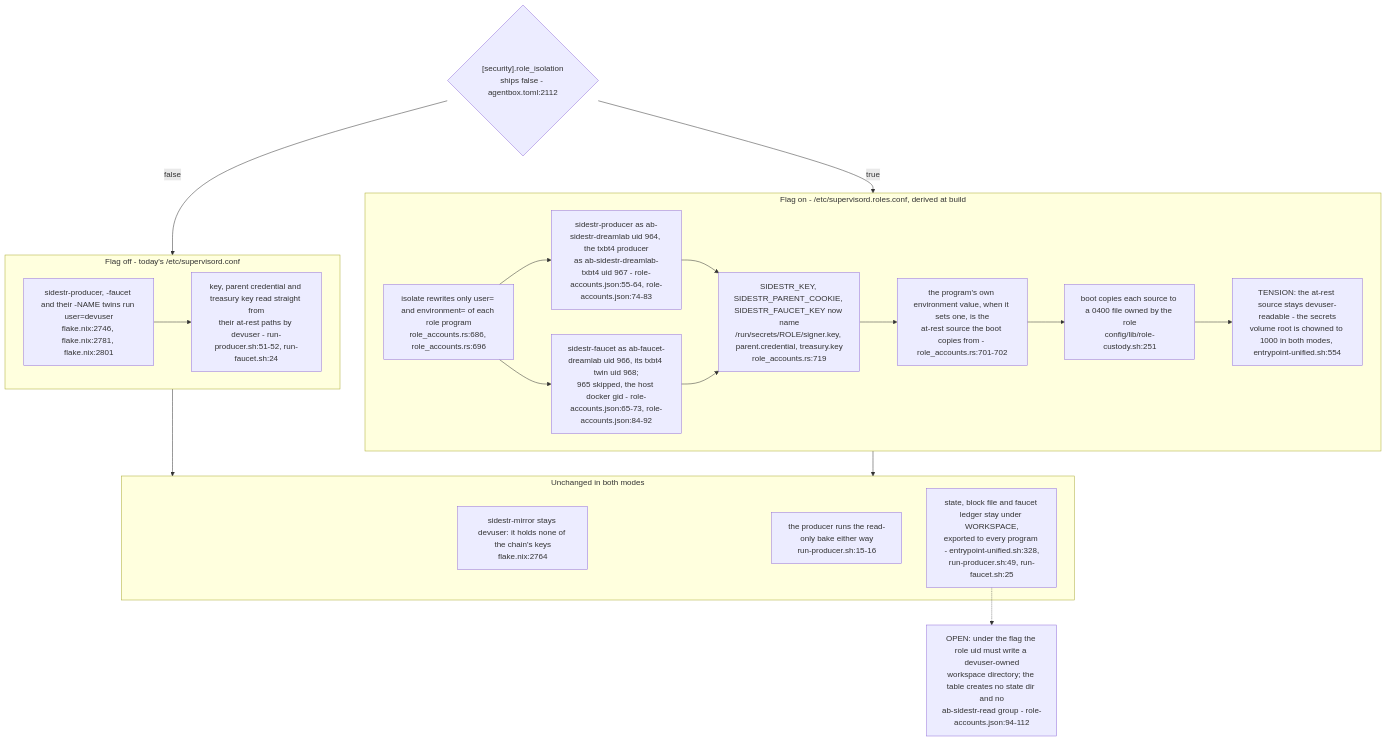
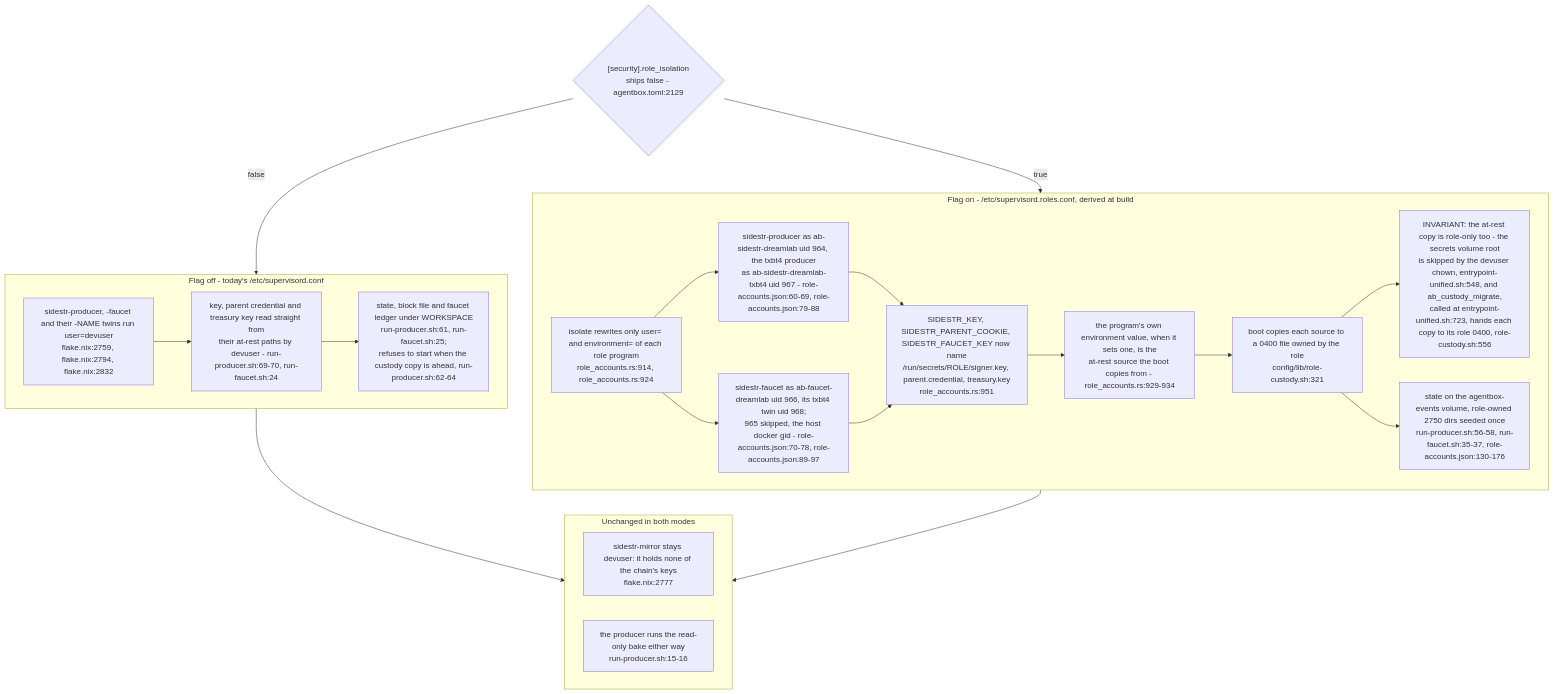
Before and after one commit to DreamLab-AI/VisionFlow: the sixth of 6 diagrams in docs/diagrams/agentbox/34-sidestr-interim-producer-and-mirror.md, drawn with Mermaid. The commit also changed other lines of this file and 4 other files, not shown here.

````diff
--- a/docs/diagrams/agentbox/34-sidestr-interim-producer-and-mirror.md
+++ b/docs/diagrams/agentbox/34-sidestr-interim-producer-and-mirror.md
@@ -247,32 +247,33 @@
 ```mermaid
 flowchart TB
-    FLAG{"[security].role_isolation<br/>ships false - agentbox.toml:2112"}
+    FLAG{"[security].role_isolation<br/>ships false - agentbox.toml:2129"}
     subgraph off["Flag off - today's /etc/supervisord.conf"]
-        O1["sidestr-producer, -faucet and their -NAME twins run user=devuser<br/>flake.nix:2746, flake.nix:2781, flake.nix:2801"]
-        O2["key, parent credential and treasury key read straight from<br/>their at-rest paths by devuser - run-producer.sh:51-52, run-faucet.sh:24"]
-        O1 --> O2
+        O1["sidestr-producer, -faucet and their -NAME twins run user=devuser<br/>flake.nix:2759, flake.nix:2794, flake.nix:2832"]
+        O2["key, parent credential and treasury key read straight from<br/>their at-rest paths by devuser - run-producer.sh:69-70, run-faucet.sh:24"]
+        O3["state, block file and faucet ledger under WORKSPACE<br/>run-producer.sh:61, run-faucet.sh:25;<br/>refuses to start when the custody copy is ahead, run-producer.sh:62-64"]
+        O1 --> O2 --> O3
     end
     subgraph on["Flag on - /etc/supervisord.roles.conf, derived at build"]
-        R1["isolate rewrites only user= and environment= of each role program<br/>role_accounts.rs:686, role_accounts.rs:696"]
-        R2["sidestr-producer as ab-sidestr-dreamlab uid 964, the txbt4 producer<br/>as ab-sidestr-dreamlab-txbt4 uid 967 - role-accounts.json:55-64, role-accounts.json:74-83"]
-        R3["sidestr-faucet as ab-faucet-dreamlab uid 966, its txbt4 twin uid 968;<br/>965 skipped, the host docker gid - role-accounts.json:65-73, role-accounts.json:84-92"]
-        R4["SIDESTR_KEY, SIDESTR_PARENT_COOKIE, SIDESTR_FAUCET_KEY now name<br/>/run/secrets/ROLE/signer.key, parent.credential, treasury.key<br/>role_accounts.rs:719"]
-        R5["the program's own environment value, when it sets one, is the<br/>at-rest source the boot copies from - role_accounts.rs:701-702"]
-        R6["boot copies each source to a 0400 file owned by the role<br/>config/lib/role-custody.sh:251"]
-        R7["TENSION: the at-rest source stays devuser-readable - the secrets<br/>volume root is chowned to 1000 in both modes, entrypoint-unified.sh:554"]
+        R1["isolate rewrites only user= and environment= of each role program<br/>role_accounts.rs:914, role_accounts.rs:924"]
+        R2["sidestr-producer as ab-sidestr-dreamlab uid 964, the txbt4 producer<br/>as ab-sidestr-dreamlab-txbt4 uid 967 - role-accounts.json:60-69, role-accounts.json:79-88"]
+        R3["sidestr-faucet as ab-faucet-dreamlab uid 966, its txbt4 twin uid 968;<br/>965 skipped, the host docker gid - role-accounts.json:70-78, role-accounts.json:89-97"]
+        R4["SIDESTR_KEY, SIDESTR_PARENT_COOKIE, SIDESTR_FAUCET_KEY now name<br/>/run/secrets/ROLE/signer.key, parent.credential, treasury.key<br/>role_accounts.rs:951"]
+        R5["the program's own environment value, when it sets one, is the<br/>at-rest source the boot copies from - role_accounts.rs:929-934"]
+        R6["boot copies each source to a 0400 file owned by the role<br/>config/lib/role-custody.sh:321"]
+        R7["INVARIANT: the at-rest copy is role-only too - the secrets volume root<br/>is skipped by the devuser chown, entrypoint-unified.sh:548, and ab_custody_migrate,<br/>called at entrypoint-unified.sh:723, hands each copy to its role 0400, role-custody.sh:556"]
+        R8["state on the agentbox-events volume, role-owned 2750 dirs seeded once<br/>run-producer.sh:56-58, run-faucet.sh:35-37, role-accounts.json:130-176"]
         R6 --> R7
+        R6 --> R8
         R1 --> R2 --> R4
         R1 --> R3 --> R4
         R4 --> R5 --> R6
     end
     subgraph same["Unchanged in both modes"]
-        U1["sidestr-mirror stays devuser: it holds none of the chain's keys<br/>flake.nix:2764"]
+        U1["sidestr-mirror stays devuser: it holds none of the chain's keys<br/>flake.nix:2777"]
         U2["the producer runs the read-only bake either way<br/>run-producer.sh:15-16"]
-        U3["state, block file and faucet ledger stay under WORKSPACE,<br/>exported to every program - entrypoint-unified.sh:328,<br/>run-producer.sh:49, run-faucet.sh:25"]
     end
     FLAG -->|false| off
     FLAG -->|true| on
     off --> same
     on --> same
-    U3 -.-> Q["OPEN: under the flag the role uid must write a devuser-owned<br/>workspace directory; the table creates no state dir and no<br/>ab-sidestr-read group - role-accounts.json:94-112"]
 ```
````
